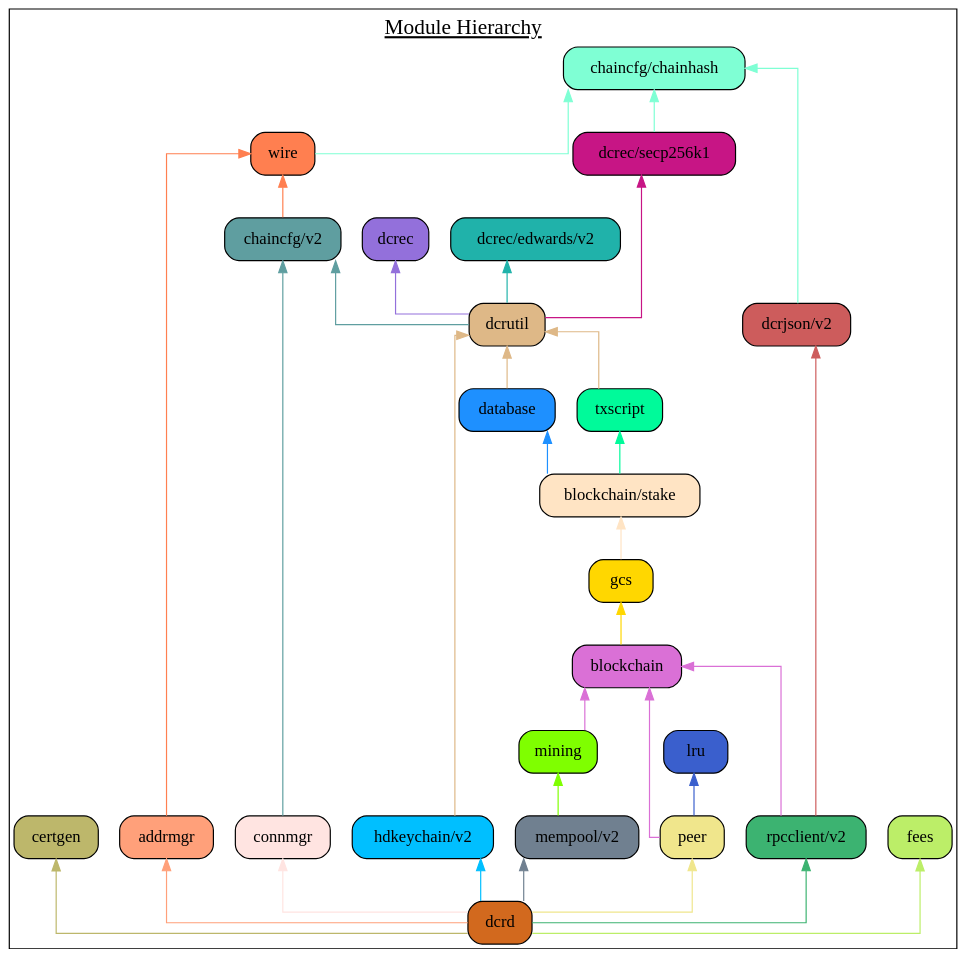
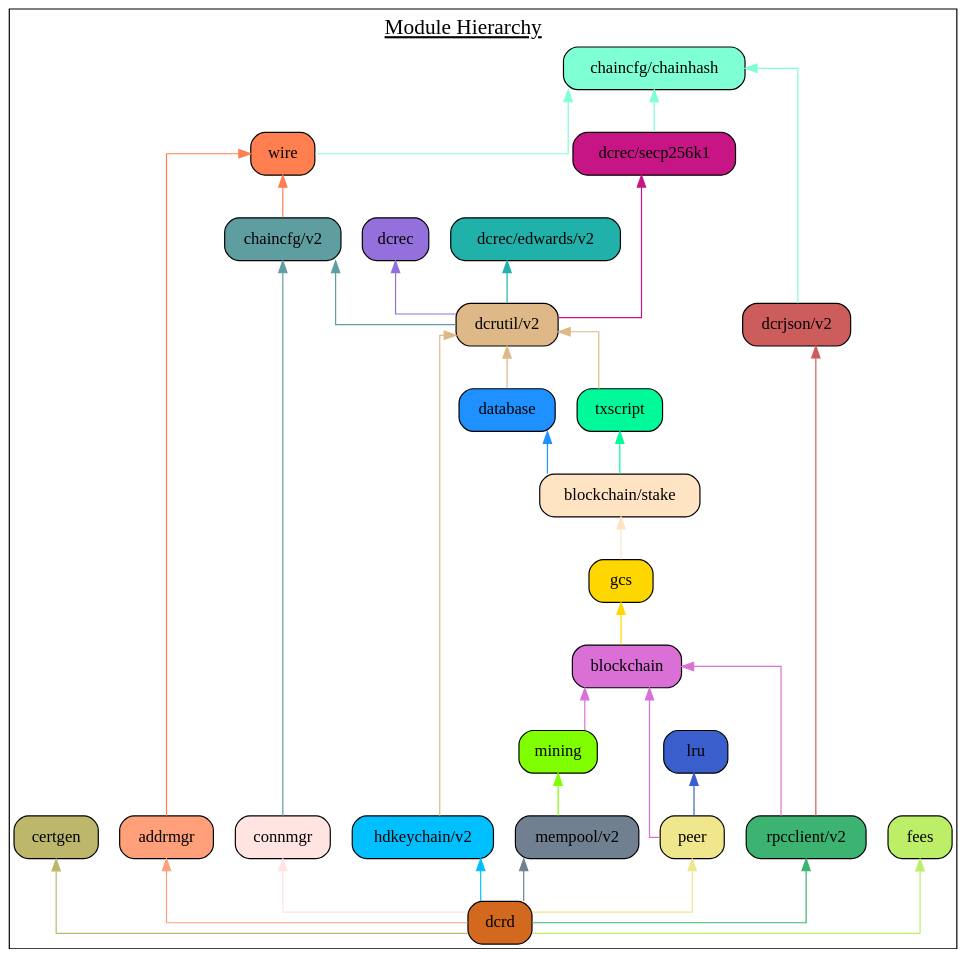
The diagram in docs/assets/module_hierarchy.gv (decred/dcrd), drawn with Graphviz before and after one commit. The commit also changed 2 other files, not shown here.

Commit message:
docs: Update for dcrutil v2 module.

```diff
--- a/docs/assets/module_hierarchy.gv
+++ b/docs/assets/module_hierarchy.gv
@@ -1,65 +1,65 @@
 digraph {
 	graph [splines=ortho colorscheme=svg label=<<u>Module Hierarchy</u>> labelloc=t fontsize=18.0]
 	node [shape=box style="filled, rounded"]
 
 	certgen [label="certgen" fillcolor=darkkhaki]
 	chainhash [label="chaincfg/chainhash" fillcolor=aquamarine]
 	dcrjson [label="dcrjson/v2" fillcolor=indianred]
 	wire [label="wire" fillcolor=coral]
 	addrmgr [label="addrmgr" fillcolor=lightsalmon]
 	chaincfg [label="chaincfg/v2" fillcolor=cadetblue]
 	connmgr [label="connmgr" fillcolor=mistyrose]
 	dcrec [label="dcrec" fillcolor=mediumpurple]
 	edwards [label="dcrec/edwards/v2" fillcolor=lightseagreen]
 	secp256k1 [label="dcrec/secp256k1" fillcolor=mediumvioletred]
-	dcrutil [label="dcrutil" fillcolor=burlywood]
+	dcrutil [label="dcrutil/v2" fillcolor=burlywood]
 	database [label="database" fillcolor=dodgerblue]
 	hdkeychain [label="hdkeychain/v2" fillcolor=deepskyblue]
 	txscript [label="txscript" fillcolor=mediumspringgreen]
 	stake [label="blockchain/stake" fillcolor=bisque]
 	gcs [label="gcs" fillcolor=gold]
 	blockchain [label="blockchain" fillcolor=orchid]
 	mempool [label="mempool/v2" fillcolor=slategray]
 	mining [label="mining" fillcolor=chartreuse]
 	lru  [label="lru" fillcolor=royalblue3]
 	peer [label="peer" fillcolor=khaki]
 	rpcclient [label="rpcclient/v2" fillcolor=mediumseagreen]
 	fees [label="fees" fillcolor=darkolivegreen2]
 	dcrd [label="dcrd" fillcolor=chocolate]
 
 	{rank=same connmgr addrmgr hdkeychain peer rpcclient mempool}
 
 	certgen
 	chainhash -> dcrjson [dir=back color=aquamarine]
 	chainhash -> wire [dir=back color=aquamarine]
 	wire -> addrmgr [dir=back color=coral]
 	wire -> chaincfg [dir=back color=coral]
 	chaincfg -> connmgr [dir=back color=cadetblue]
 	chainhash -> secp256k1 [dir=back color=aquamarine]
 	chaincfg -> dcrutil [dir=back color=cadetblue]
 	dcrec -> dcrutil [dir=back color=mediumpurple]
 	edwards ->  dcrutil [dir=back color=lightseagreen]
 	secp256k1 ->  dcrutil [dir=back color=mediumvioletred]
 	dcrutil -> database [dir=back color=burlywood]
 	dcrutil -> hdkeychain [dir=back color=burlywood]
 	dcrutil -> txscript [dir=back color=burlywood]
 	database ->  stake [dir=back color=dodgerblue]
 	txscript -> stake [dir=back color=mediumspringgreen]
 	stake -> gcs [dir=back color=bisque]
 	gcs -> blockchain [dir=back color=gold]
 	blockchain -> mining [dir=back color=orchid]
 	mining -> mempool [dir=back color=chartreuse]
 	lru -> peer [dir=back color=royalblue3]
 	blockchain -> peer [dir=back color=orchid]
 	blockchain -> rpcclient [dir=back color=orchid]
 	dcrjson -> rpcclient [dir=back color=indianred]
 
 	fees -> dcrd [dir=back color=darkolivegreen2]
 	mempool -> dcrd [dir=back color=slategray]
 	certgen -> dcrd [dir=back color=darkkhaki]
 	addrmgr -> dcrd [dir=back color=lightsalmon]
 	hdkeychain -> dcrd [dir=back color=deepskyblue]
 	connmgr -> dcrd [dir=back color=mistyrose]
 	rpcclient -> dcrd [dir=back color=mediumseagreen]
 	peer -> dcrd [dir=back color=khaki]
 }
```
